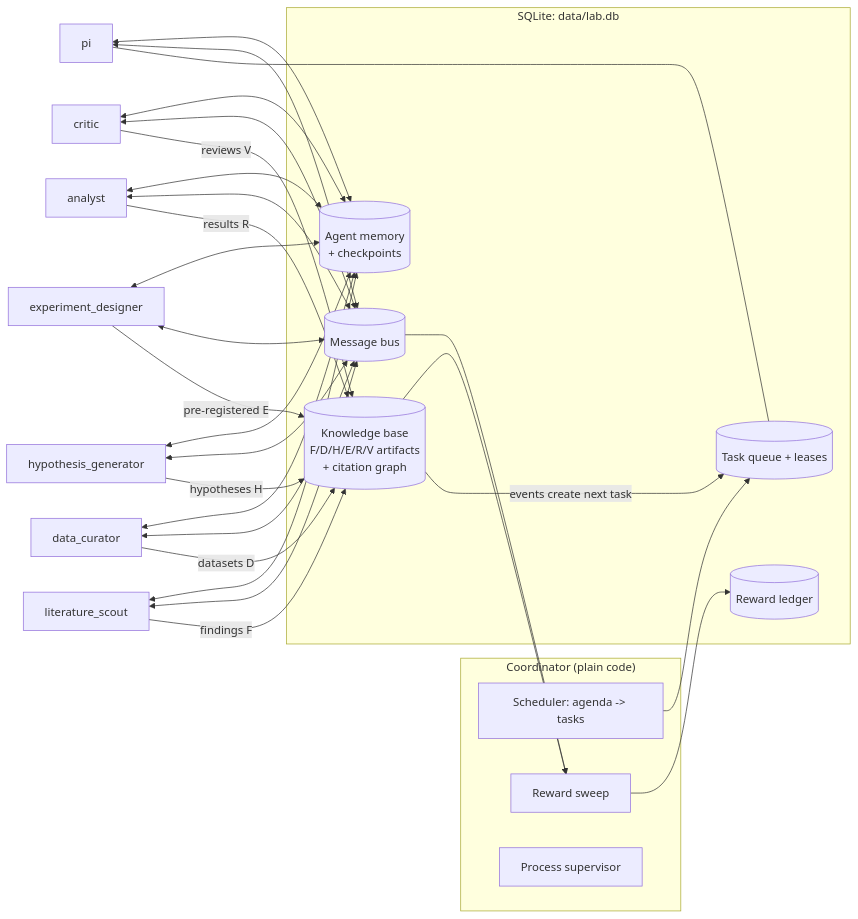
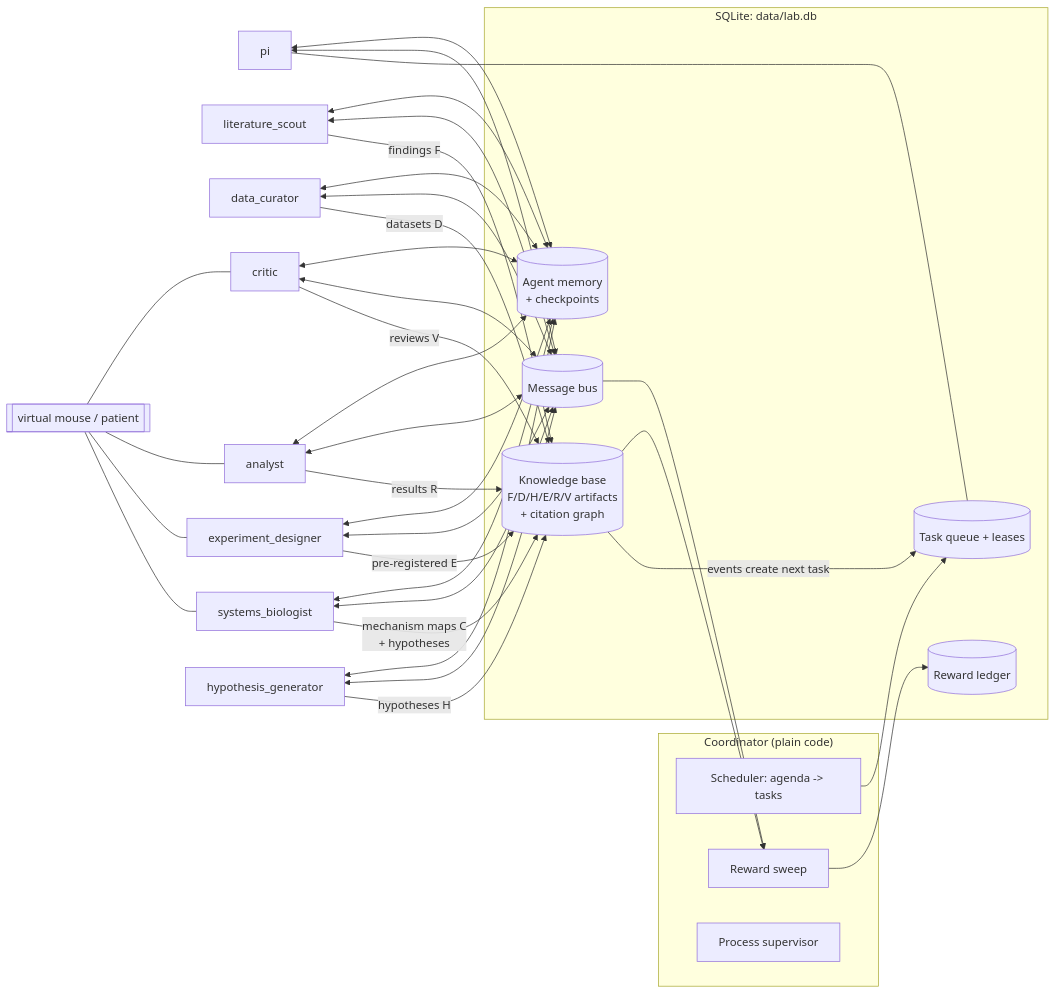
Before and after one commit to maubarrerag/ms-research-agents: the diagram in ARCHITECTURE.md, drawn with Mermaid. The commit also changed other lines of this file and 3 other files, not shown here.

````diff
--- a/ARCHITECTURE.md
+++ b/ARCHITECTURE.md
@@ -5,31 +5,33 @@
 ```mermaid
 flowchart LR
     subgraph Coordinator["Coordinator (plain code)"]
         S[Scheduler: agenda -> tasks]
         RW[Reward sweep]
         SV[Process supervisor]
     end
 
     subgraph DB["SQLite: data/lab.db"]
         TQ[(Task queue + leases)]
         BB[(Knowledge base<br/>F/D/H/E/R/V artifacts<br/>+ citation graph)]
         MB[(Message bus)]
         MEM[(Agent memory<br/>+ checkpoints)]
         LED[(Reward ledger)]
     end
 
     PI[pi] --- TQ
     LS[literature_scout] -->|findings F| BB
     DC[data_curator] -->|datasets D| BB
+    SB[systems_biologist] -->|mechanism maps C<br/>+ hypotheses| BB
+    SIM[[virtual mouse / patient]] --- SB & ED & AN & CR
     HG[hypothesis_generator] -->|hypotheses H| BB
     ED[experiment_designer] -->|pre-registered E| BB
     AN[analyst] -->|results R| BB
     CR[critic] -->|reviews V| BB
 
-    LS & DC & HG & ED & AN & CR & PI <--> MB
-    LS & DC & HG & ED & AN & CR & PI <--> MEM
+    LS & DC & SB & HG & ED & AN & CR & PI <--> MB
+    LS & DC & SB & HG & ED & AN & CR & PI <--> MEM
     S --> TQ
     BB -->|events create next task| TQ
     BB --> RW --> LED
     MB --> RW
 ```
````
